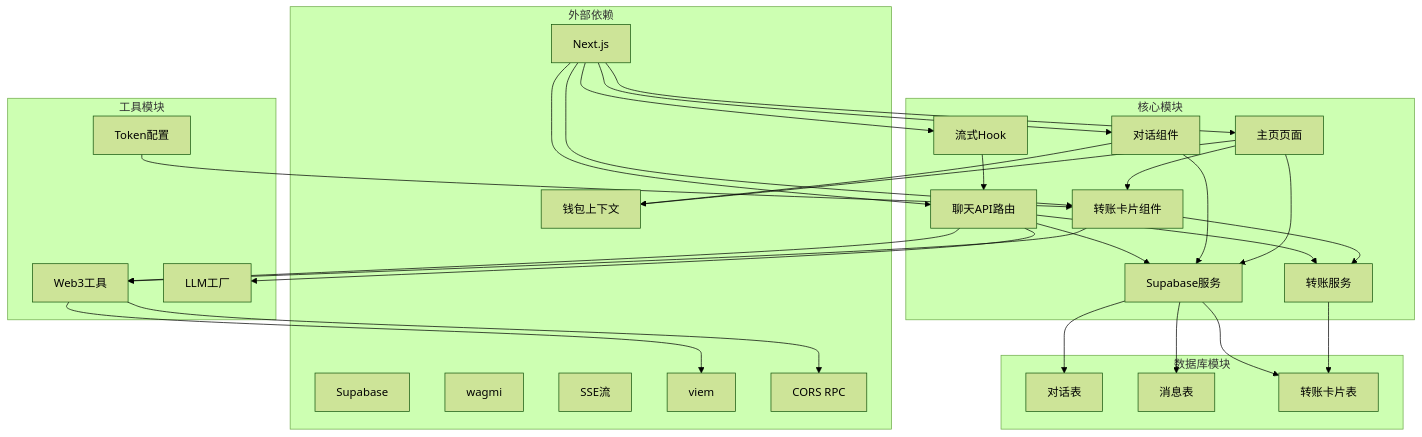
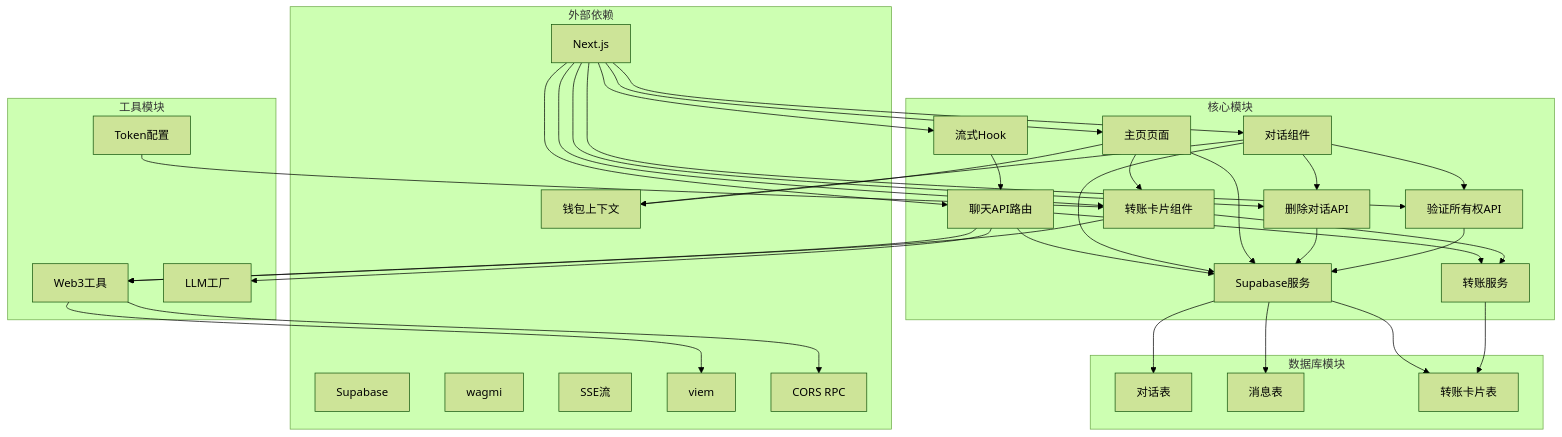
Diagram 18 of 18 in .qoder/repowiki/zh/content/核心技能详解/对话持久化系统.md (CryptoLinxu/Web3-AI-Agent), drawn with Mermaid (forest theme) before and after one commit. The commit also changed other lines of this file and 12 other files, not shown here.

````diff
--- a/.qoder/repowiki/zh/content/核心技能详解/对话持久化系统.md
+++ b/.qoder/repowiki/zh/content/核心技能详解/对话持久化系统.md
@@ -637,55 +806,63 @@
 ```mermaid
 graph TB
 subgraph "外部依赖"
 A[Next.js]
 B[Supabase]
 C[wagmi]
 D[SSE流]
 E[钱包上下文]
 F[viem]
 G[CORS RPC]
 end
 subgraph "核心模块"
 H[聊天API路由]
 I[流式Hook]
 J[对话组件]
 K[Supabase服务]
 L[转账服务]
 M[主页页面]
 N[转账卡片组件]
+O[删除对话API]
+P[验证所有权API]
 end
 subgraph "工具模块"
-O[Web3工具]
-P[LLM工厂]
-Q[Token配置]
+Q[Web3工具]
+R[LLM工厂]
+S[Token配置]
 end
 subgraph "数据库模块"
-R[对话表]
-S[消息表]
-T[转账卡片表]
+T[对话表]
+U[消息表]
+V[转账卡片表]
 end
 A --> H
 A --> I
 A --> J
 A --> M
 A --> N
+A --> O
+A --> P
 H --> K
 H --> L
-H --> O
-H --> P
+H --> Q
+H --> R
 I --> H
 J --> K
 J --> E
-K --> R
-K --> S
+J --> O
+J --> P
 K --> T
-L --> T
+K --> U
+K --> V
+L --> V
 M --> E
 M --> K
 M --> N
 N --> L
-N --> O
-O --> F
-O --> G
-Q --> N
+N --> Q
+O --> K
+P --> K
+Q --> F
+Q --> G
+S --> N
 ```
````
